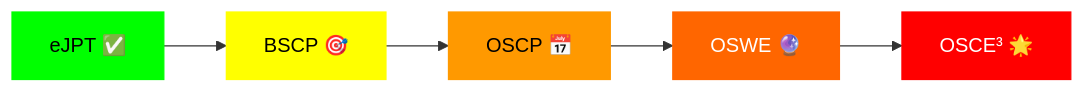
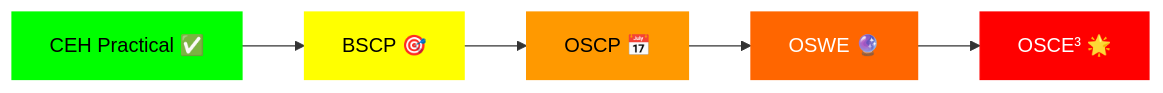
The diagram in README.md (Songul-Kizilay/Songul-Kizilay), drawn with Mermaid before and after one commit. The commit also changed other lines of this file, not shown here.

````diff
--- a/README.md
+++ b/README.md
@@ -116,13 +116,13 @@
 ```mermaid
 graph LR
-    A[eJPT ✅] --> B[BSCP 🎯]
+    A[CEH Practical ✅] --> B[BSCP 🎯]
     B --> C[OSCP 📅]
     C --> D[OSWE 🔮]
     D --> E[OSCE³ 🌟]
     
     style A fill:#00ff00,stroke:#00ff00,color:#000
     style B fill:#ffff00,stroke:#ffff00,color:#000
     style C fill:#ff9900,stroke:#ff9900,color:#000
     style D fill:#ff6600,stroke:#ff6600,color:#fff
     style E fill:#ff0000,stroke:#ff0000,color:#fff
 ```
````
